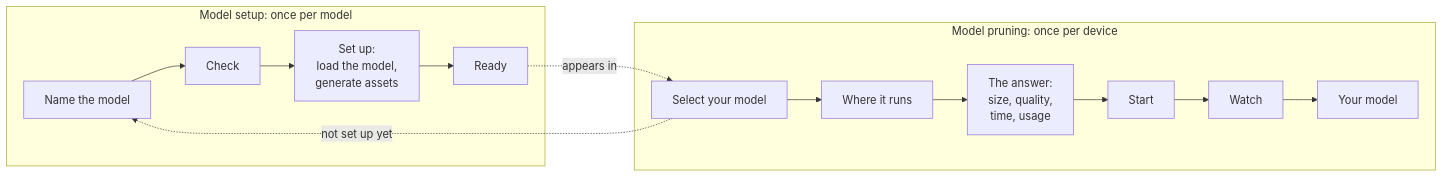
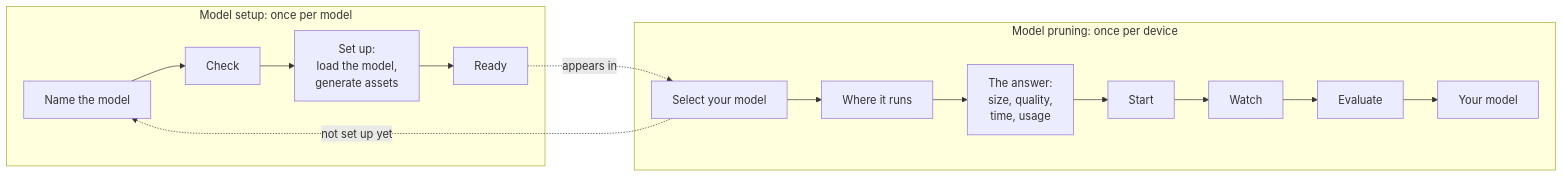
Before and after one commit to stephxu96/pruneagent: the first of 2 diagrams in docs/APP_DESIGN.md, drawn with Mermaid. The commit also changed other lines of this file and 1 other file, not shown here.

Commit message:
App design and board: Evaluate is a step of the pruning story

````diff
--- a/docs/APP_DESIGN.md
+++ b/docs/APP_DESIGN.md
@@ -52,11 +52,11 @@
 ```mermaid
 flowchart LR
     subgraph Setup[Model setup: once per model]
         S1[Name the model] --> S2[Check] --> S3[Set up:<br/>load the model,<br/>generate assets] --> S4[Ready]
     end
     subgraph Pruning[Model pruning: once per device]
-        P1[Select your model] --> P2[Where it runs] --> P3[The answer:<br/>size, quality,<br/>time, usage] --> P4[Start] --> P5[Watch] --> P6[Your model]
+        P1[Select your model] --> P2[Where it runs] --> P3[The answer:<br/>size, quality,<br/>time, usage] --> P4[Start] --> P5[Watch] --> P6[Evaluate] --> P7[Your model]
     end
     S4 -. appears in .-> P1
     P1 -. not set up yet .-> S1
 ```
````
